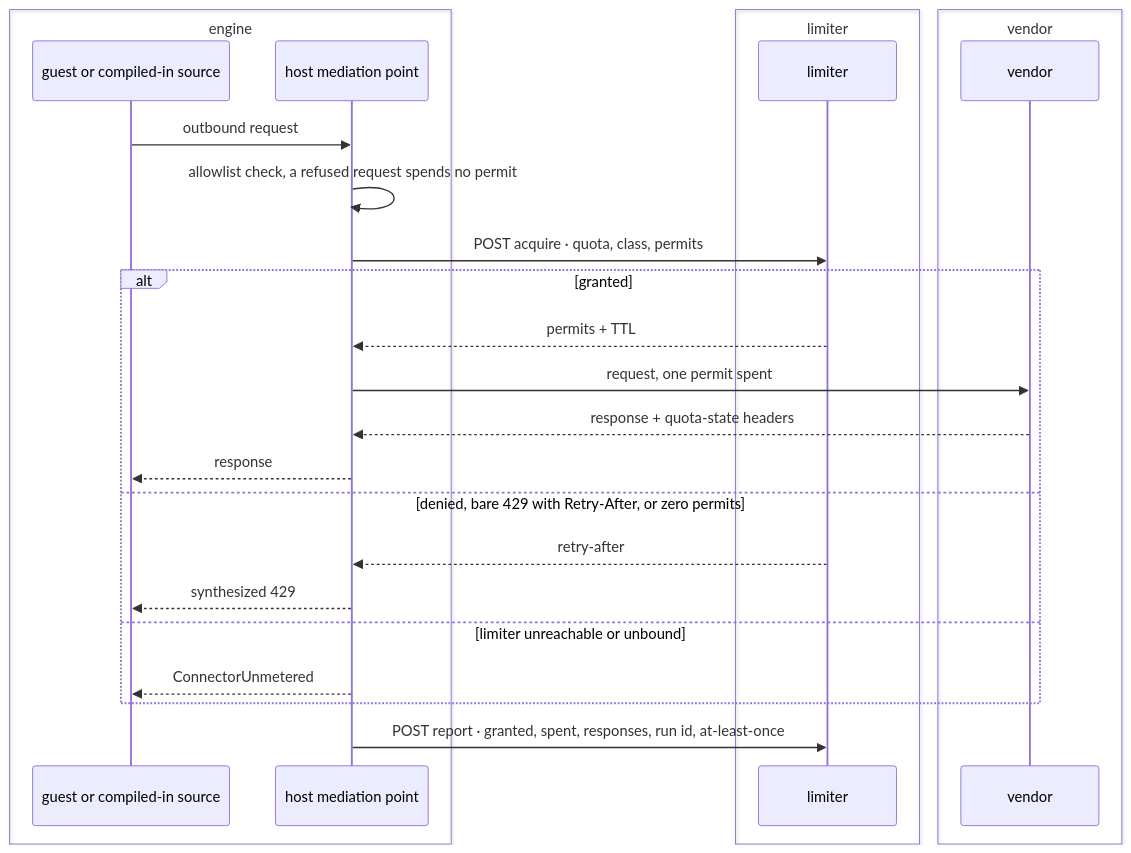
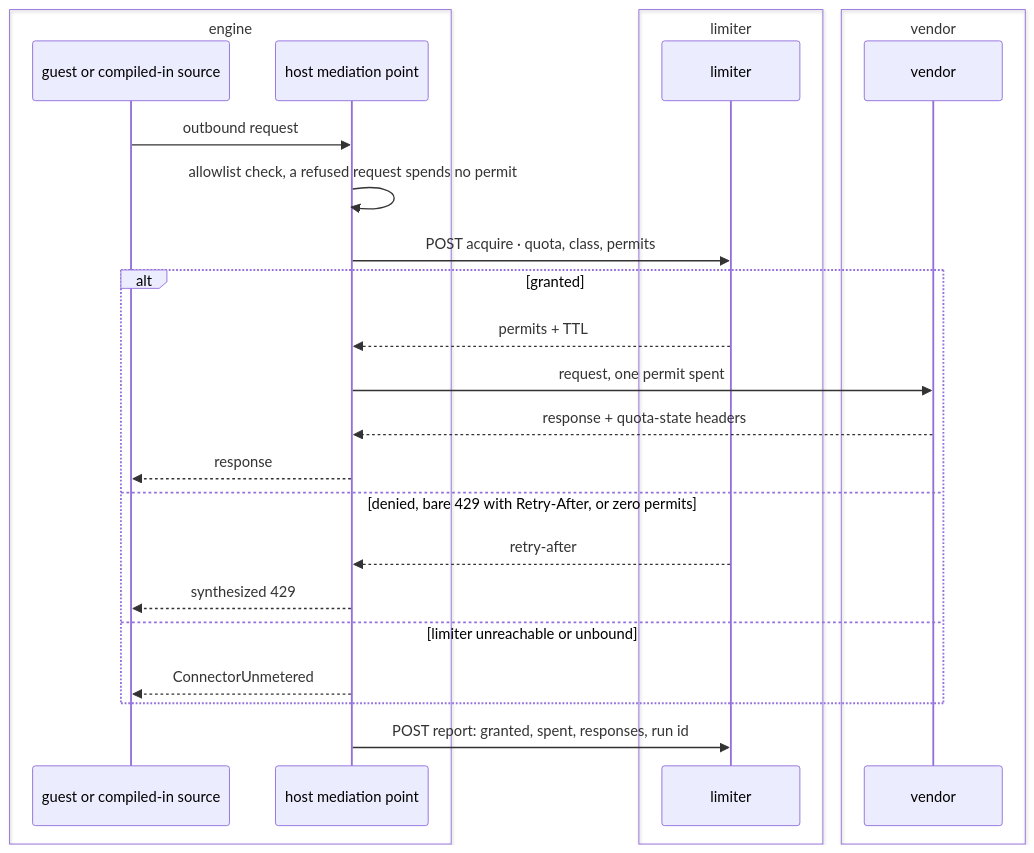
The third of 5 diagrams in spec/40-connector.md (fractalboxdev/contextful), drawn with Mermaid before and after one commit. The commit also changed other lines of this file and 31 other files, not shown here.

First line of the commit message:
spec: every diagram draws things as nodes and what flows as labelled edges

````diff
--- a/spec/40-connector.md
+++ b/spec/40-connector.md
@@ -178,28 +180,28 @@
 ```mermaid
 sequenceDiagram
   box engine
     participant G as guest or compiled-in source
     participant H as host mediation point
   end
   box limiter
     participant L as limiter
   end
   box vendor
     participant V as vendor
   end
   G->>H: outbound request
   H->>H: allowlist check, a refused request spends no permit
   H->>L: POST acquire · quota, class, permits
   alt granted
     L-->>H: permits + TTL
     H->>V: request, one permit spent
     V-->>H: response + quota-state headers
     H-->>G: response
   else denied, bare 429 with Retry-After, or zero permits
     L-->>H: retry-after
     H-->>G: synthesized 429
   else limiter unreachable or unbound
     H-->>G: ConnectorUnmetered
   end
-  H->>L: POST report · granted, spent, responses, run id, at-least-once
+  H->>L: POST report: granted, spent, responses, run id
 ```
````
